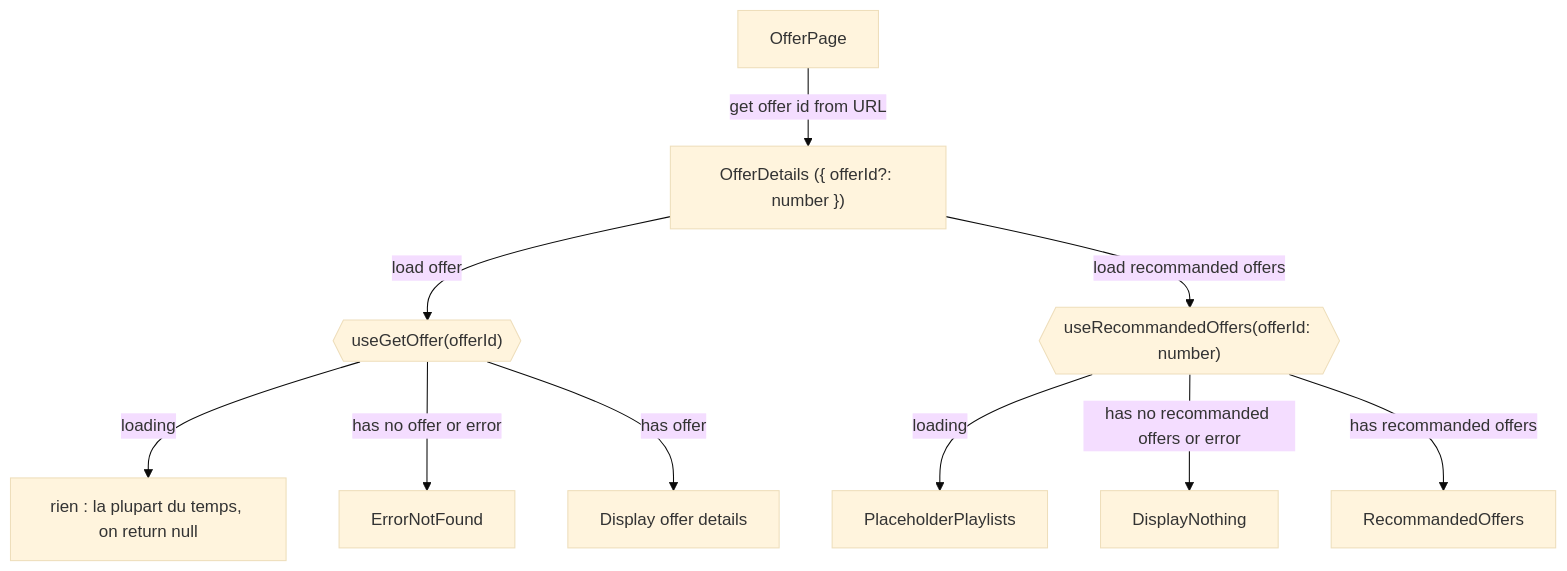
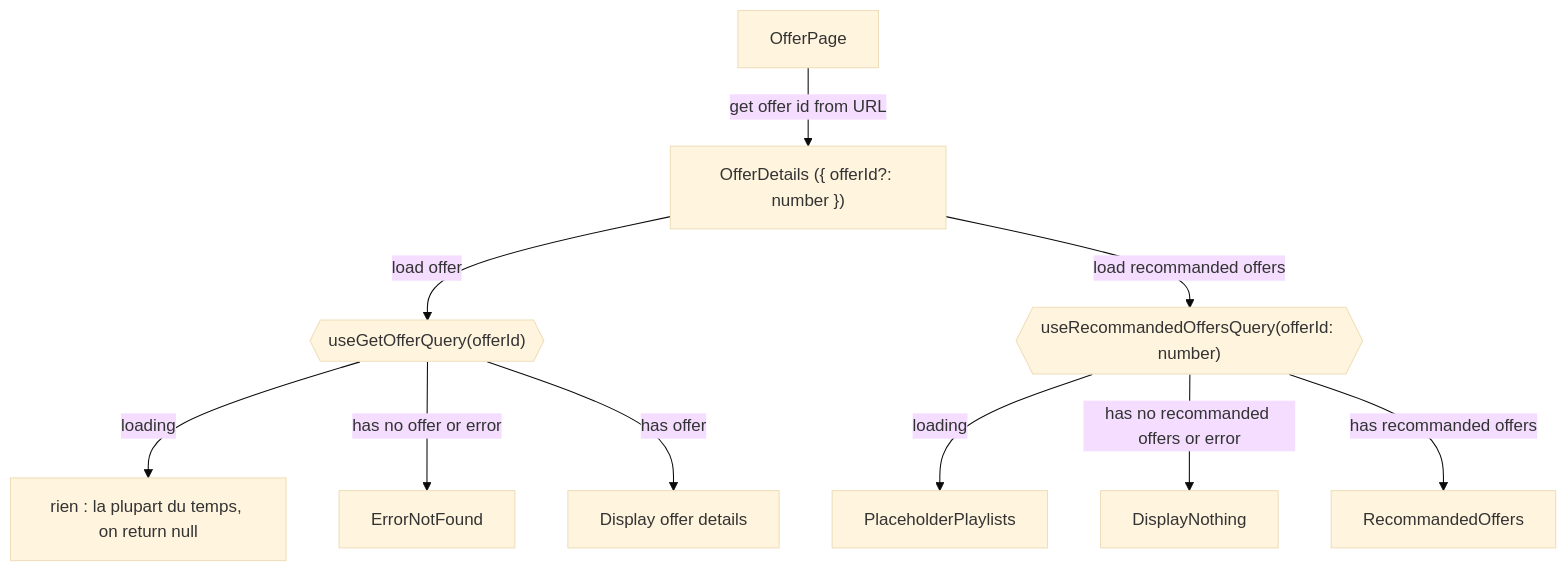
Before and after one commit to pass-culture/pass-culture-app-native: the first of 4 diagrams in audit.md, drawn with Mermaid (base theme). The commit also changed other lines of this file, not shown here.

````diff
--- a/audit.md
+++ b/audit.md
@@ -207,27 +207,27 @@
 ```mermaid
 flowchart TB
   OfferPage
   -->|get offer id from URL| OfferDetails["OfferDetails ({ offerId?: number })"]
-  -->|load offer| useGetOffer{{"useGetOffer(offerId)"}}
+  -->|load offer| useGetOfferQuery{{"useGetOfferQuery(offerId)"}}
 
-  useGetOffer
+  useGetOfferQuery
   -->|loading| null["rien : la plupart du temps, on return null"]
 
-  useGetOffer
+  useGetOfferQuery
   -->|has no offer or error| ErrorNotFound
 
-  useGetOffer
+  useGetOfferQuery
   -->|has offer| OfferDetail["Display offer details"]
 
   OfferDetails
-  -->|load recommanded offers| useRecommandedOffers{{"useRecommandedOffers(offerId: number)"}}
+  -->|load recommanded offers| useRecommandedOffersQuery{{"useRecommandedOffersQuery(offerId: number)"}}
 
-  useRecommandedOffers
+  useRecommandedOffersQuery
   -->|loading| PlaceholderPlaylists
 
-  useRecommandedOffers
+  useRecommandedOffersQuery
   -->|has no recommanded offers or error| DisplayNothing
 
-  useRecommandedOffers
+  useRecommandedOffersQuery
   -->|has recommanded offers| RecommandedOffers
 ```
````
